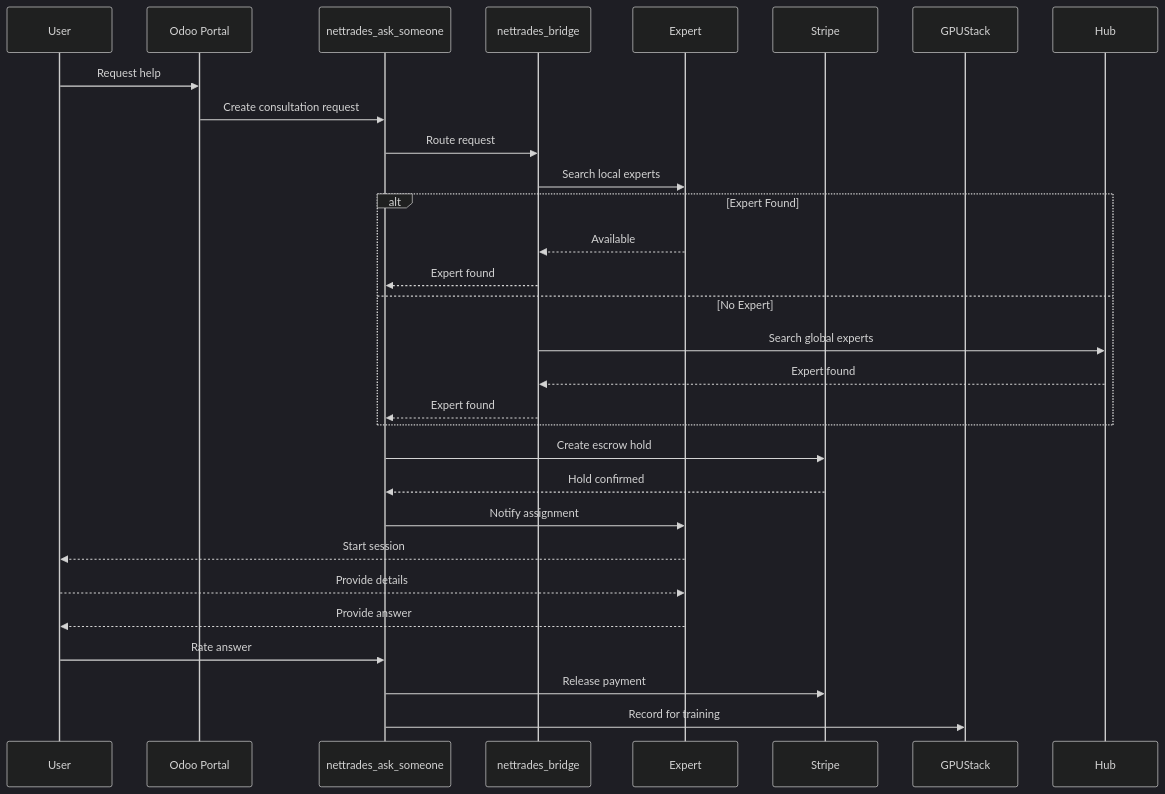
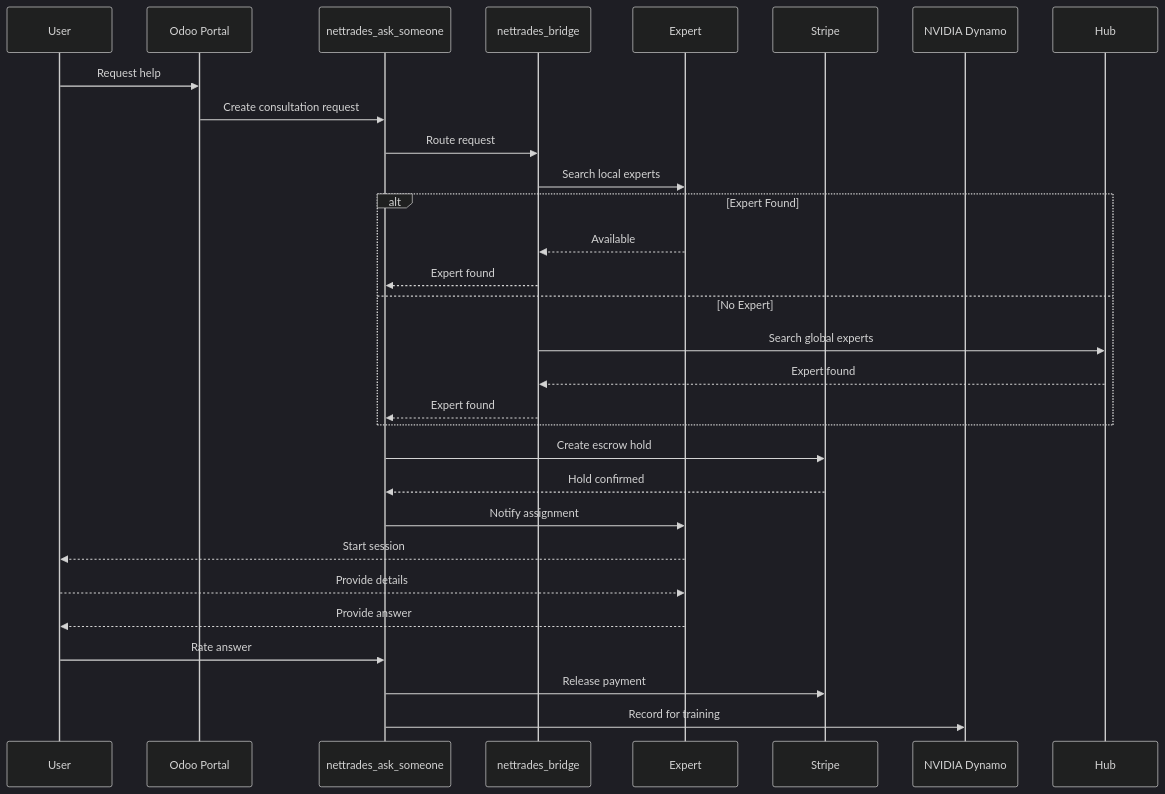
Before and after one commit to nettrades/nettrades-platform: diagram 13 of 17 in README.md, drawn with Mermaid (dark theme). The commit also changed other lines of this file, not shown here.

Commit message:
removed GPUStack and replaced it with NVIDIA Dynamo

````diff
--- a/README.md
+++ b/README.md
@@ -1465,32 +1465,32 @@
 ```mermaid
 sequenceDiagram
     participant User
     participant Portal as Odoo Portal
     participant Ask as nettrades_ask_someone
     participant Bridge as nettrades_bridge
     participant Expert
     participant Stripe
-    participant GPUStack
+    participant NVIDIA Dynamo
 
     User->>Portal: Request help
     Portal->>Ask: Create consultation request
     Ask->>Bridge: Route request
     Bridge->>Expert: Search local experts
     alt Expert Found
         Expert-->>Bridge: Available
         Bridge-->>Ask: Expert found
     else No Expert
         Bridge->>Hub: Search global experts
         Hub-->>Bridge: Expert found
         Bridge-->>Ask: Expert found
     end
     Ask->>Stripe: Create escrow hold
     Stripe-->>Ask: Hold confirmed
     Ask->>Expert: Notify assignment
     Expert-->>User: Start session
     User-->>Expert: Provide details
     Expert-->>User: Provide answer
     User->>Ask: Rate answer
     Ask->>Stripe: Release payment
-    Ask->>GPUStack: Record for training
+    Ask->>NVIDIA Dynamo: Record for training
 ```
````
